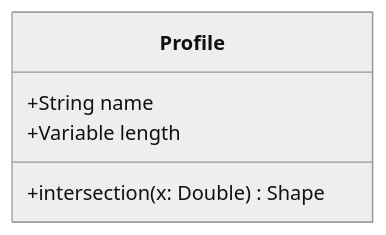
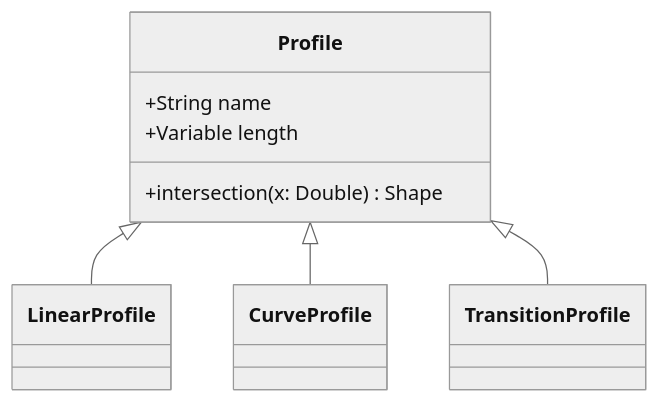
The sixth of 8 diagrams in Readme.md (qchen-fdii-cardc/wtd-dsl), drawn with Mermaid (neutral theme) before and after one commit. The commit also changed other lines of this file, not shown here.

````diff
--- a/Readme.md
+++ b/Readme.md
@@ -255,8 +264,11 @@
 ```mermaid
 classDiagram
 class Profile{
     +String name
     +Variable length
     +intersection(x: Double) Shape
 }
+Profile <|-- LinearProfile
+Profile <|-- CurveProfile
+Profile <|-- TransitionProfile
 ```
````
